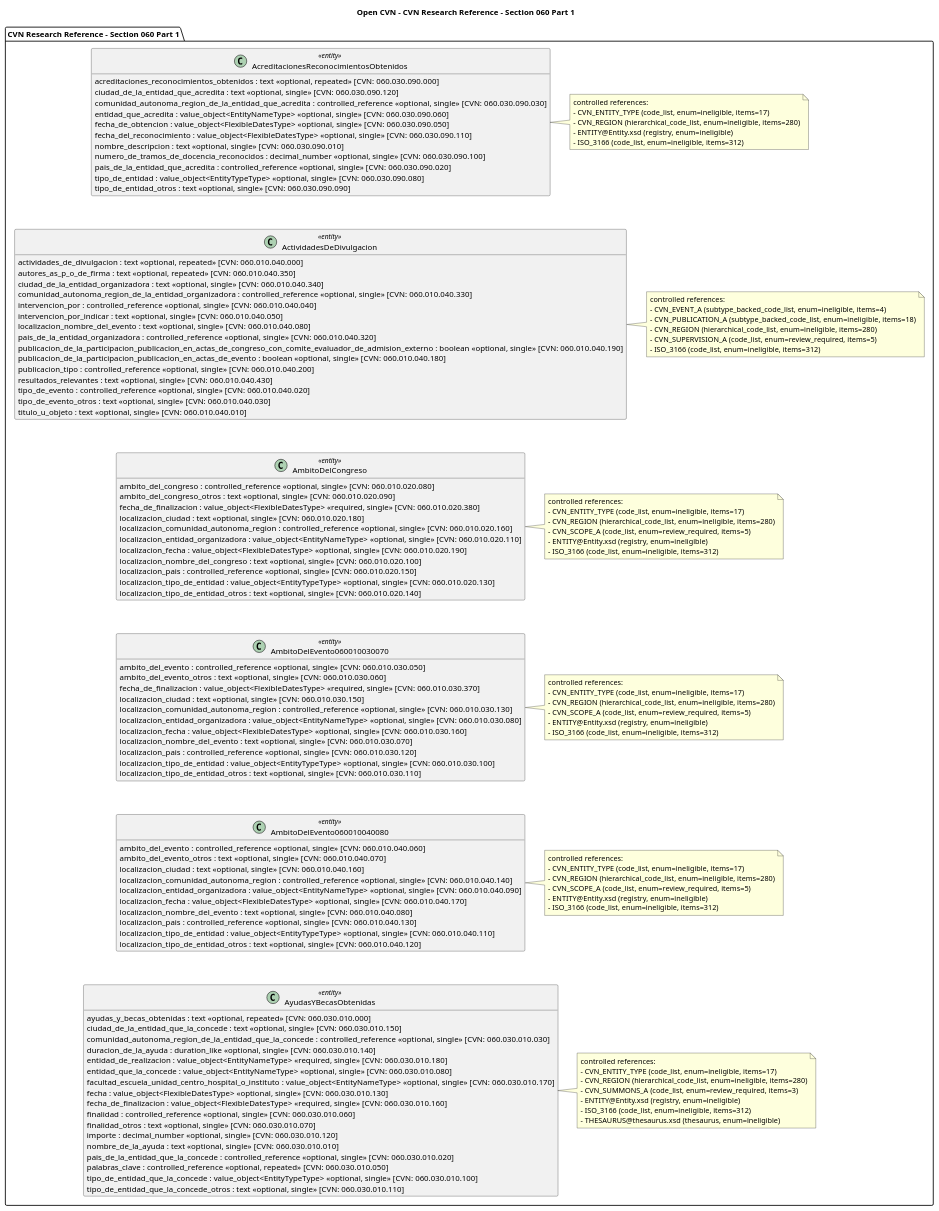
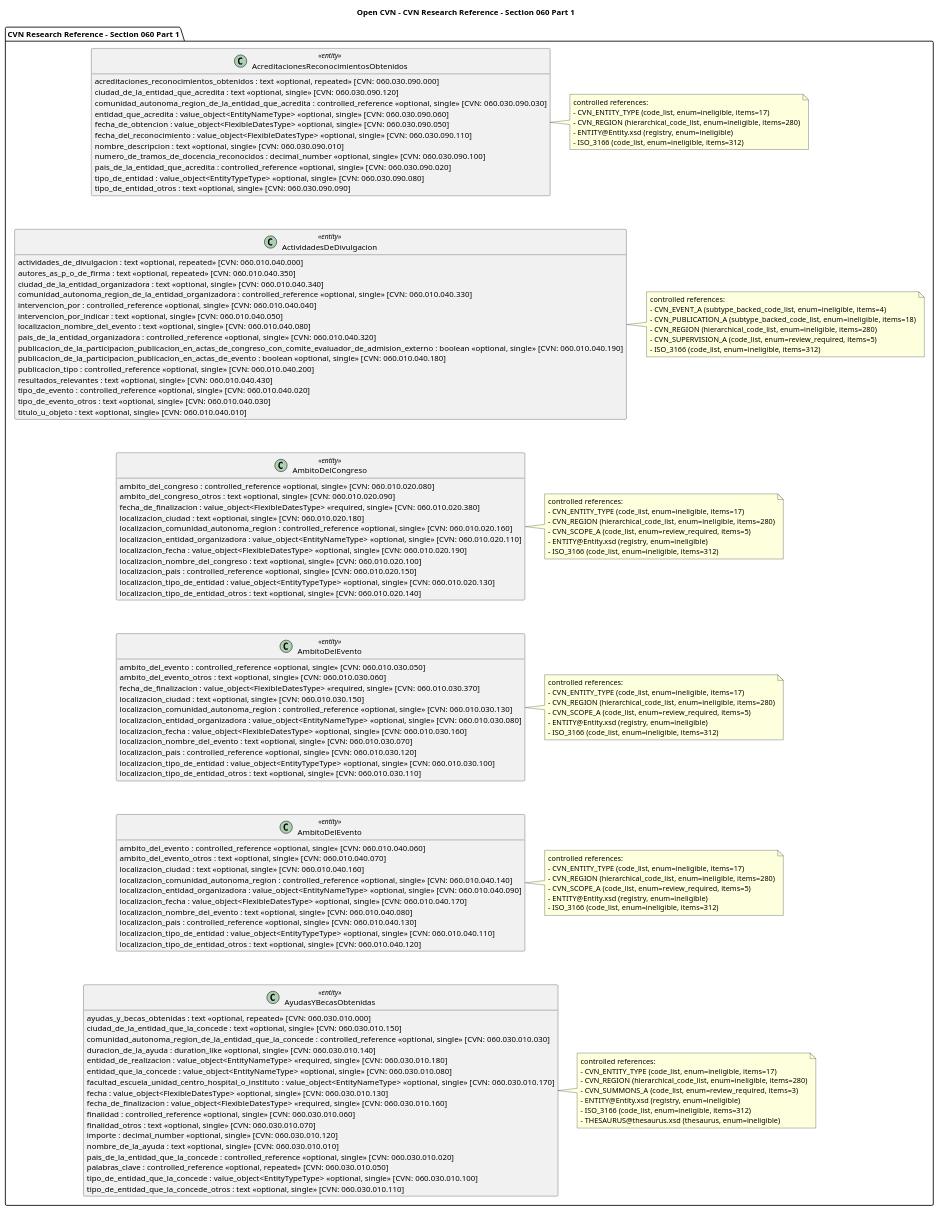
One commit to holt00/TFG-open-cvn-schema changed the diagram in docs/diagrams/open_cvn_research_060_part_01_reference.puml. Above: the diagram before and after it, drawn with PlantUML. The commit also changed 49 other files, not shown here.

```diff
--- a/docs/diagrams/open_cvn_research_060_part_01_reference.puml
+++ b/docs/diagrams/open_cvn_research_060_part_01_reference.puml
@@ -1,160 +1,160 @@
 @startuml
 title Open CVN - CVN Research Reference - Section 060 Part 1
 
 skinparam classAttributeIconSize 0
 skinparam linetype ortho
 top to bottom direction
 hide empty members
 
 package "CVN Research Reference - Section 060 Part 1" as area_research_060_part_01_reference {
 class "AcreditacionesReconocimientosObtenidos" as entity_research_acreditacionesreconocimientosobtenidos_060_030_090_000 <<entity>> {
   acreditaciones_reconocimientos_obtenidos : text <<optional, repeated>> [CVN: 060.030.090.000]
   ciudad_de_la_entidad_que_acredita : text <<optional, single>> [CVN: 060.030.090.120]
   comunidad_autonoma_region_de_la_entidad_que_acredita : controlled_reference <<optional, single>> [CVN: 060.030.090.030]
   entidad_que_acredita : value_object<EntityNameType> <<optional, single>> [CVN: 060.030.090.060]
   fecha_de_obtencion : value_object<FlexibleDatesType> <<optional, single>> [CVN: 060.030.090.050]
   fecha_del_reconocimiento : value_object<FlexibleDatesType> <<optional, single>> [CVN: 060.030.090.110]
   nombre_descripcion : text <<optional, single>> [CVN: 060.030.090.010]
   numero_de_tramos_de_docencia_reconocidos : decimal_number <<optional, single>> [CVN: 060.030.090.100]
   pais_de_la_entidad_que_acredita : controlled_reference <<optional, single>> [CVN: 060.030.090.020]
   tipo_de_entidad : value_object<EntityTypeType> <<optional, single>> [CVN: 060.030.090.080]
   tipo_de_entidad_otros : text <<optional, single>> [CVN: 060.030.090.090]
 }
 note right of entity_research_acreditacionesreconocimientosobtenidos_060_030_090_000
 controlled references:
 - CVN_ENTITY_TYPE (code_list, enum=ineligible, items=17)
 - CVN_REGION (hierarchical_code_list, enum=ineligible, items=280)
 - ENTITY@Entity.xsd (registry, enum=ineligible)
 - ISO_3166 (code_list, enum=ineligible, items=312)
 end note
 
 class "ActividadesDeDivulgacion" as entity_research_actividadesdedivulgacion_060_010_040_000 <<entity>> {
   actividades_de_divulgacion : text <<optional, repeated>> [CVN: 060.010.040.000]
   autores_as_p_o_de_firma : text <<optional, repeated>> [CVN: 060.010.040.350]
   ciudad_de_la_entidad_organizadora : text <<optional, single>> [CVN: 060.010.040.340]
   comunidad_autonoma_region_de_la_entidad_organizadora : controlled_reference <<optional, single>> [CVN: 060.010.040.330]
   intervencion_por : controlled_reference <<optional, single>> [CVN: 060.010.040.040]
   intervencion_por_indicar : text <<optional, single>> [CVN: 060.010.040.050]
   localizacion_nombre_del_evento : text <<optional, single>> [CVN: 060.010.040.080]
   pais_de_la_entidad_organizadora : controlled_reference <<optional, single>> [CVN: 060.010.040.320]
   publicacion_de_la_participacion_publicacion_en_actas_de_congreso_con_comite_evaluador_de_admision_externo : boolean <<optional, single>> [CVN: 060.010.040.190]
   publicacion_de_la_participacion_publicacion_en_actas_de_evento : boolean <<optional, single>> [CVN: 060.010.040.180]
   publicacion_tipo : controlled_reference <<optional, single>> [CVN: 060.010.040.200]
   resultados_relevantes : text <<optional, single>> [CVN: 060.010.040.430]
   tipo_de_evento : controlled_reference <<optional, single>> [CVN: 060.010.040.020]
   tipo_de_evento_otros : text <<optional, single>> [CVN: 060.010.040.030]
   titulo_u_objeto : text <<optional, single>> [CVN: 060.010.040.010]
 }
 note right of entity_research_actividadesdedivulgacion_060_010_040_000
 controlled references:
 - CVN_EVENT_A (subtype_backed_code_list, enum=ineligible, items=4)
 - CVN_PUBLICATION_A (subtype_backed_code_list, enum=ineligible, items=18)
 - CVN_REGION (hierarchical_code_list, enum=ineligible, items=280)
 - CVN_SUPERVISION_A (code_list, enum=review_required, items=5)
 - ISO_3166 (code_list, enum=ineligible, items=312)
 end note
 
 class "AmbitoDelCongreso" as entity_research_ambitodelcongreso_060_010_020_100 <<entity>> {
   ambito_del_congreso : controlled_reference <<optional, single>> [CVN: 060.010.020.080]
   ambito_del_congreso_otros : text <<optional, single>> [CVN: 060.010.020.090]
   fecha_de_finalizacion : value_object<FlexibleDatesType> <<required, single>> [CVN: 060.010.020.380]
   localizacion_ciudad : text <<optional, single>> [CVN: 060.010.020.180]
   localizacion_comunidad_autonoma_region : controlled_reference <<optional, single>> [CVN: 060.010.020.160]
   localizacion_entidad_organizadora : value_object<EntityNameType> <<optional, single>> [CVN: 060.010.020.110]
   localizacion_fecha : value_object<FlexibleDatesType> <<optional, single>> [CVN: 060.010.020.190]
   localizacion_nombre_del_congreso : text <<optional, single>> [CVN: 060.010.020.100]
   localizacion_pais : controlled_reference <<optional, single>> [CVN: 060.010.020.150]
   localizacion_tipo_de_entidad : value_object<EntityTypeType> <<optional, single>> [CVN: 060.010.020.130]
   localizacion_tipo_de_entidad_otros : text <<optional, single>> [CVN: 060.010.020.140]
 }
 note right of entity_research_ambitodelcongreso_060_010_020_100
 controlled references:
 - CVN_ENTITY_TYPE (code_list, enum=ineligible, items=17)
 - CVN_REGION (hierarchical_code_list, enum=ineligible, items=280)
 - CVN_SCOPE_A (code_list, enum=review_required, items=5)
 - ENTITY@Entity.xsd (registry, enum=ineligible)
 - ISO_3166 (code_list, enum=ineligible, items=312)
 end note
 
-class "AmbitoDelEvento060010030070" as entity_research_ambitodelevento060010030070_060_010_030_070 <<entity>> {
+class "AmbitoDelEvento" as entity_research_ambitodelevento060010030070_060_010_030_070 <<entity>> {
   ambito_del_evento : controlled_reference <<optional, single>> [CVN: 060.010.030.050]
   ambito_del_evento_otros : text <<optional, single>> [CVN: 060.010.030.060]
   fecha_de_finalizacion : value_object<FlexibleDatesType> <<required, single>> [CVN: 060.010.030.370]
   localizacion_ciudad : text <<optional, single>> [CVN: 060.010.030.150]
   localizacion_comunidad_autonoma_region : controlled_reference <<optional, single>> [CVN: 060.010.030.130]
   localizacion_entidad_organizadora : value_object<EntityNameType> <<optional, single>> [CVN: 060.010.030.080]
   localizacion_fecha : value_object<FlexibleDatesType> <<optional, single>> [CVN: 060.010.030.160]
   localizacion_nombre_del_evento : text <<optional, single>> [CVN: 060.010.030.070]
   localizacion_pais : controlled_reference <<optional, single>> [CVN: 060.010.030.120]
   localizacion_tipo_de_entidad : value_object<EntityTypeType> <<optional, single>> [CVN: 060.010.030.100]
   localizacion_tipo_de_entidad_otros : text <<optional, single>> [CVN: 060.010.030.110]
 }
 note right of entity_research_ambitodelevento060010030070_060_010_030_070
 controlled references:
 - CVN_ENTITY_TYPE (code_list, enum=ineligible, items=17)
 - CVN_REGION (hierarchical_code_list, enum=ineligible, items=280)
 - CVN_SCOPE_A (code_list, enum=review_required, items=5)
 - ENTITY@Entity.xsd (registry, enum=ineligible)
 - ISO_3166 (code_list, enum=ineligible, items=312)
 end note
 
-class "AmbitoDelEvento060010040080" as entity_research_ambitodelevento060010040080_060_010_040_080 <<entity>> {
+class "AmbitoDelEvento" as entity_research_ambitodelevento060010040080_060_010_040_080 <<entity>> {
   ambito_del_evento : controlled_reference <<optional, single>> [CVN: 060.010.040.060]
   ambito_del_evento_otros : text <<optional, single>> [CVN: 060.010.040.070]
   localizacion_ciudad : text <<optional, single>> [CVN: 060.010.040.160]
   localizacion_comunidad_autonoma_region : controlled_reference <<optional, single>> [CVN: 060.010.040.140]
   localizacion_entidad_organizadora : value_object<EntityNameType> <<optional, single>> [CVN: 060.010.040.090]
   localizacion_fecha : value_object<FlexibleDatesType> <<optional, single>> [CVN: 060.010.040.170]
   localizacion_nombre_del_evento : text <<optional, single>> [CVN: 060.010.040.080]
   localizacion_pais : controlled_reference <<optional, single>> [CVN: 060.010.040.130]
   localizacion_tipo_de_entidad : value_object<EntityTypeType> <<optional, single>> [CVN: 060.010.040.110]
   localizacion_tipo_de_entidad_otros : text <<optional, single>> [CVN: 060.010.040.120]
 }
 note right of entity_research_ambitodelevento060010040080_060_010_040_080
 controlled references:
 - CVN_ENTITY_TYPE (code_list, enum=ineligible, items=17)
 - CVN_REGION (hierarchical_code_list, enum=ineligible, items=280)
 - CVN_SCOPE_A (code_list, enum=review_required, items=5)
 - ENTITY@Entity.xsd (registry, enum=ineligible)
 - ISO_3166 (code_list, enum=ineligible, items=312)
 end note
 
 class "AyudasYBecasObtenidas" as entity_research_ayudasybecasobtenidas_060_030_010_000 <<entity>> {
   ayudas_y_becas_obtenidas : text <<optional, repeated>> [CVN: 060.030.010.000]
   ciudad_de_la_entidad_que_la_concede : text <<optional, single>> [CVN: 060.030.010.150]
   comunidad_autonoma_region_de_la_entidad_que_la_concede : controlled_reference <<optional, single>> [CVN: 060.030.010.030]
   duracion_de_la_ayuda : duration_like <<optional, single>> [CVN: 060.030.010.140]
   entidad_de_realizacion : value_object<EntityNameType> <<required, single>> [CVN: 060.030.010.180]
   entidad_que_la_concede : value_object<EntityNameType> <<optional, single>> [CVN: 060.030.010.080]
   facultad_escuela_unidad_centro_hospital_o_instituto : value_object<EntityNameType> <<optional, single>> [CVN: 060.030.010.170]
   fecha : value_object<FlexibleDatesType> <<optional, single>> [CVN: 060.030.010.130]
   fecha_de_finalizacion : value_object<FlexibleDatesType> <<required, single>> [CVN: 060.030.010.160]
   finalidad : controlled_reference <<optional, single>> [CVN: 060.030.010.060]
   finalidad_otros : text <<optional, single>> [CVN: 060.030.010.070]
   importe : decimal_number <<optional, single>> [CVN: 060.030.010.120]
   nombre_de_la_ayuda : text <<optional, single>> [CVN: 060.030.010.010]
   pais_de_la_entidad_que_la_concede : controlled_reference <<optional, single>> [CVN: 060.030.010.020]
   palabras_clave : controlled_reference <<optional, repeated>> [CVN: 060.030.010.050]
   tipo_de_entidad_que_la_concede : value_object<EntityTypeType> <<optional, single>> [CVN: 060.030.010.100]
   tipo_de_entidad_que_la_concede_otros : text <<optional, single>> [CVN: 060.030.010.110]
 }
 note right of entity_research_ayudasybecasobtenidas_060_030_010_000
 controlled references:
 - CVN_ENTITY_TYPE (code_list, enum=ineligible, items=17)
 - CVN_REGION (hierarchical_code_list, enum=ineligible, items=280)
 - CVN_SUMMONS_A (code_list, enum=review_required, items=3)
 - ENTITY@Entity.xsd (registry, enum=ineligible)
 - ISO_3166 (code_list, enum=ineligible, items=312)
 - THESAURUS@thesaurus.xsd (thesaurus, enum=ineligible)
 end note
 
 }
 
 entity_research_acreditacionesreconocimientosobtenidos_060_030_090_000 -[hidden]down-> entity_research_actividadesdedivulgacion_060_010_040_000
 entity_research_actividadesdedivulgacion_060_010_040_000 -[hidden]down-> entity_research_ambitodelcongreso_060_010_020_100
 entity_research_ambitodelcongreso_060_010_020_100 -[hidden]down-> entity_research_ambitodelevento060010030070_060_010_030_070
 entity_research_ambitodelevento060010030070_060_010_030_070 -[hidden]down-> entity_research_ambitodelevento060010040080_060_010_040_080
 entity_research_ambitodelevento060010040080_060_010_040_080 -[hidden]down-> entity_research_ayudasybecasobtenidas_060_030_010_000
 
 
 @enduml
```
